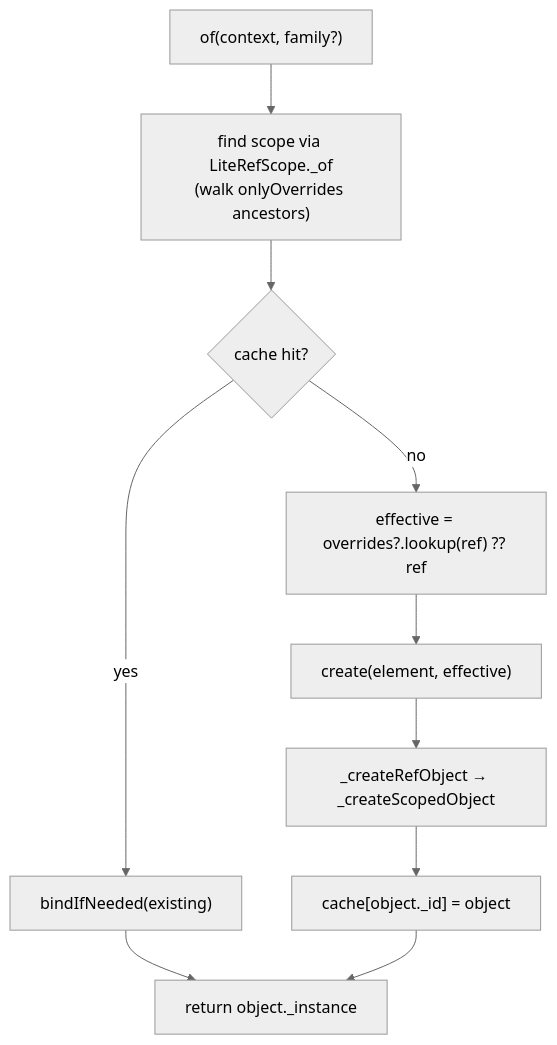
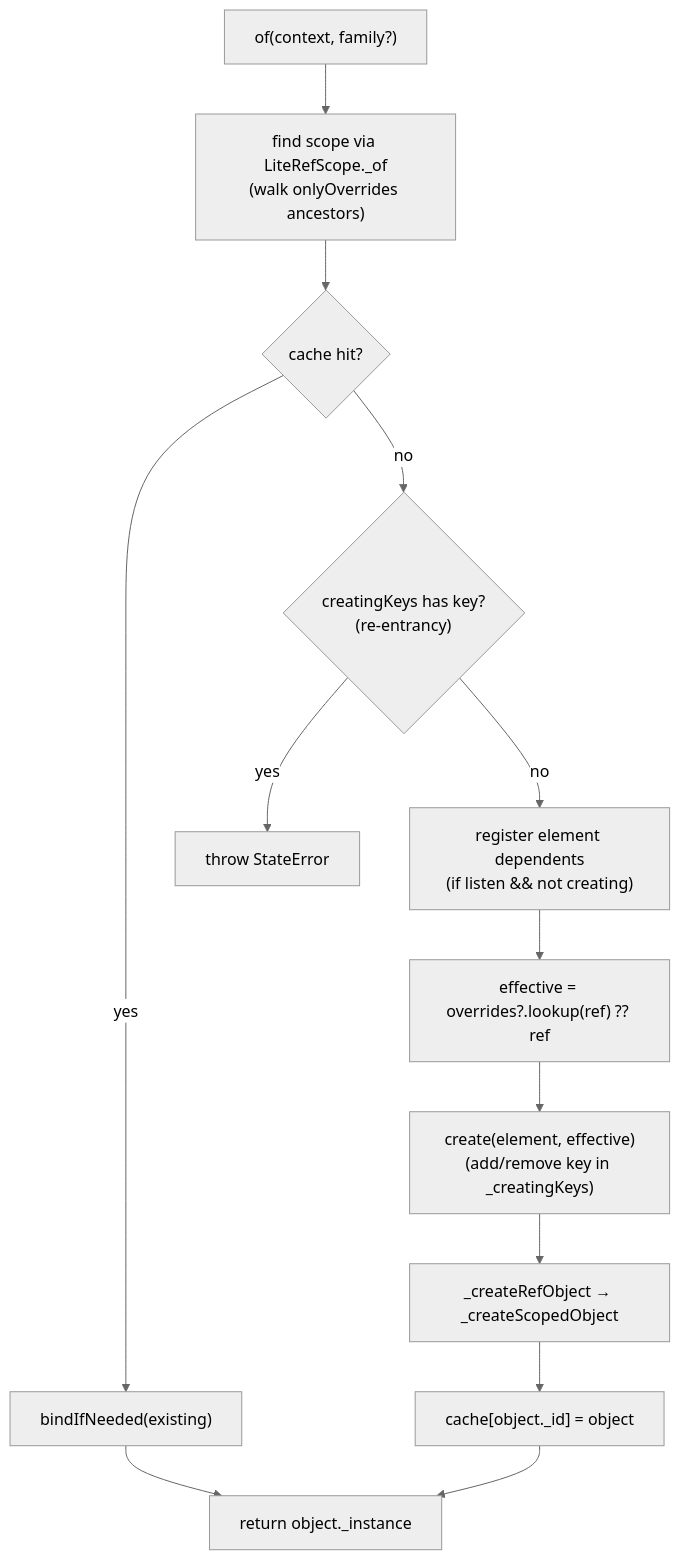
The second of 6 diagrams in ARCHITECTURE.md (zupat/lite_ref), drawn with Mermaid (neutral theme) before and after one commit. The commit also changed other lines of this file, not shown here.

First line of the commit message:
Document ref resolver re-entrancy guards and scope teardown

````diff
--- a/ARCHITECTURE.md
+++ b/ARCHITECTURE.md
@@ -92,12 +101,15 @@
 ```mermaid
 flowchart TD
     A["of(context, family?)"] --> B["find scope via LiteRefScope._of<br/>(walk onlyOverrides ancestors)"]
     B --> C{"cache hit?"}
     C -- yes --> D["bindIfNeeded(existing)"]
-    C -- no --> E["effective = overrides?.lookup(ref) ?? ref"]
-    E --> F["create(element, effective)"]
-    F --> G["_createRefObject → _createScopedObject"]
-    G --> H["cache[object._id] = object"]
-    D --> I["return object._instance"]
-    H --> I
+    C -- no --> E{"creatingKeys has key?<br/>(re-entrancy)"}
+    E -- yes --> F["throw StateError"]
+    E -- no --> G["register element dependents<br/>(if listen && not creating)"]
+    G --> H["effective = overrides?.lookup(ref) ?? ref"]
+    H --> I["create(element, effective)<br/>(add/remove key in _creatingKeys)"]
+    I --> J["_createRefObject → _createScopedObject"]
+    J --> K["cache[object._id] = object"]
+    D --> L["return object._instance"]
+    K --> L
 ```
````
